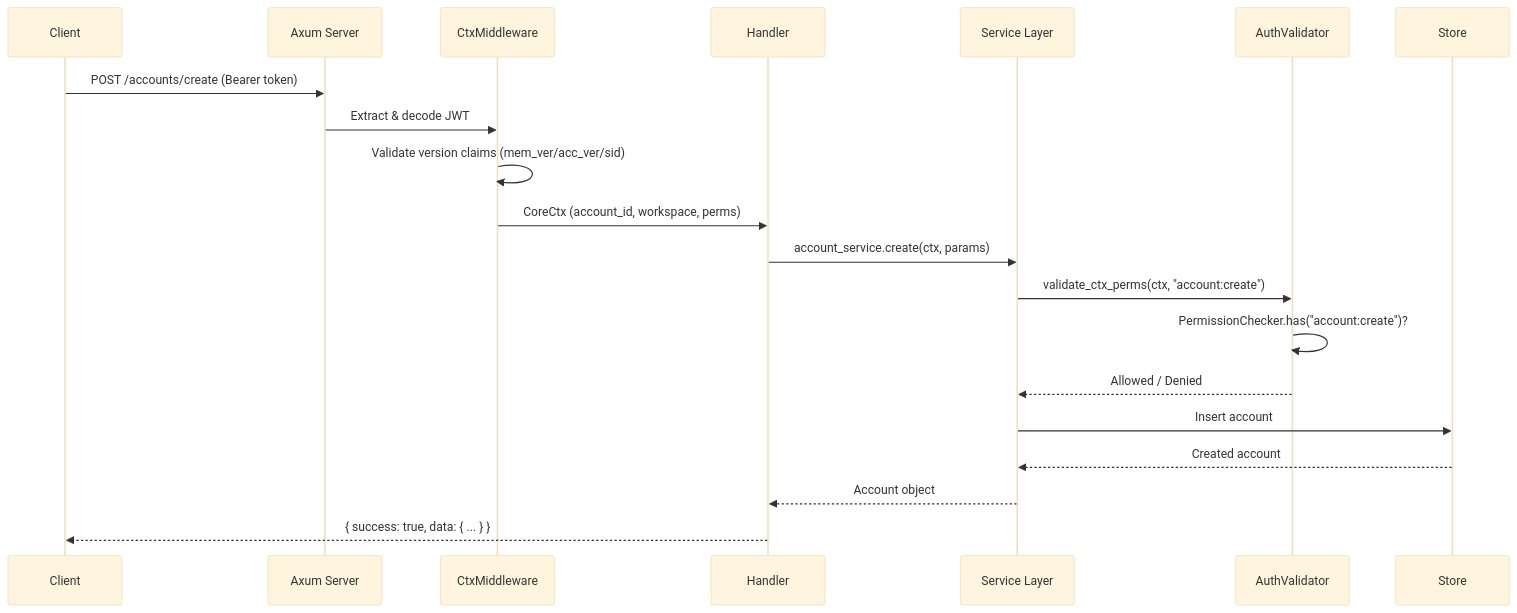
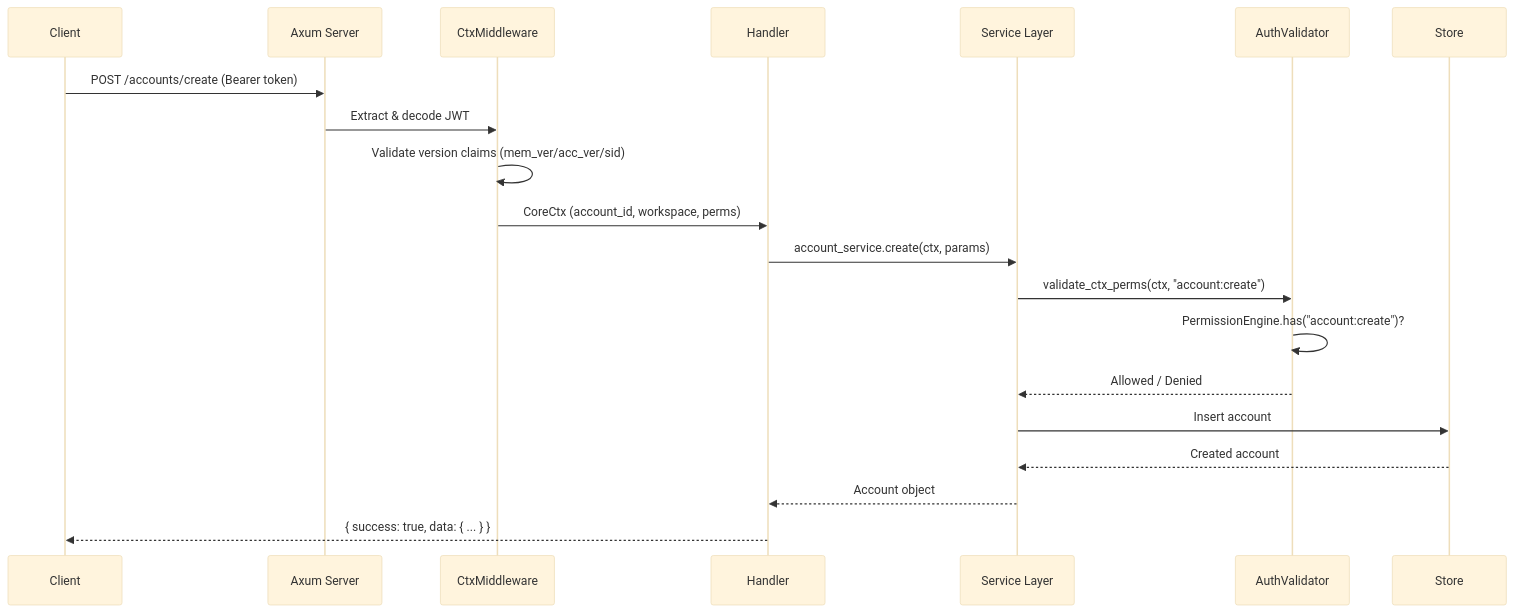
Before and after one commit to subaquatic-pierre/oxideauth-docs: the diagram in docs/authentication.md, drawn with Mermaid (base theme). The commit also changed other lines of this file and 2 other files, not shown here.

Commit message:
update PermissionChecker to PermissionEngine

````diff
--- a/docs/authentication.md
+++ b/docs/authentication.md
@@ -67,23 +67,23 @@
 ```mermaid
 sequenceDiagram
     participant Client
     participant Axum as Axum Server
     participant CtxMW as CtxMiddleware
     participant Handler
     participant Svc as Service Layer
     participant AuthV as AuthValidator
     participant Store
 
     Client->>Axum: POST /accounts/create (Bearer token)
     Axum->>CtxMW: Extract & decode JWT
     CtxMW->>CtxMW: Validate version claims (mem_ver/acc_ver/sid)
     CtxMW->>Handler: CoreCtx (account_id, workspace, perms)
     Handler->>Svc: account_service.create(ctx, params)
     Svc->>AuthV: validate_ctx_perms(ctx, "account:create")
-    AuthV->>AuthV: PermissionChecker.has("account:create")?
+    AuthV->>AuthV: PermissionEngine.has("account:create")?
     AuthV-->>Svc: Allowed / Denied
     Svc->>Store: Insert account
     Store-->>Svc: Created account
     Svc-->>Handler: Account object
     Handler-->>Client: { success: true, data: { ... } }
 ```
````
